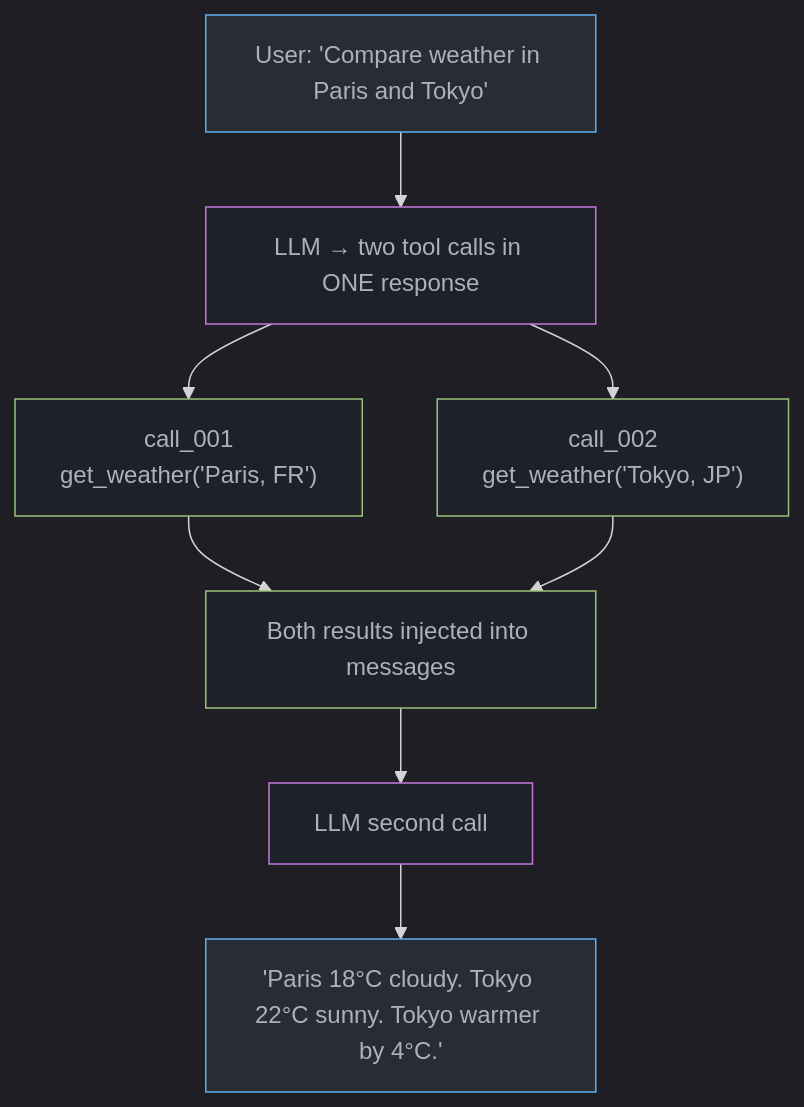
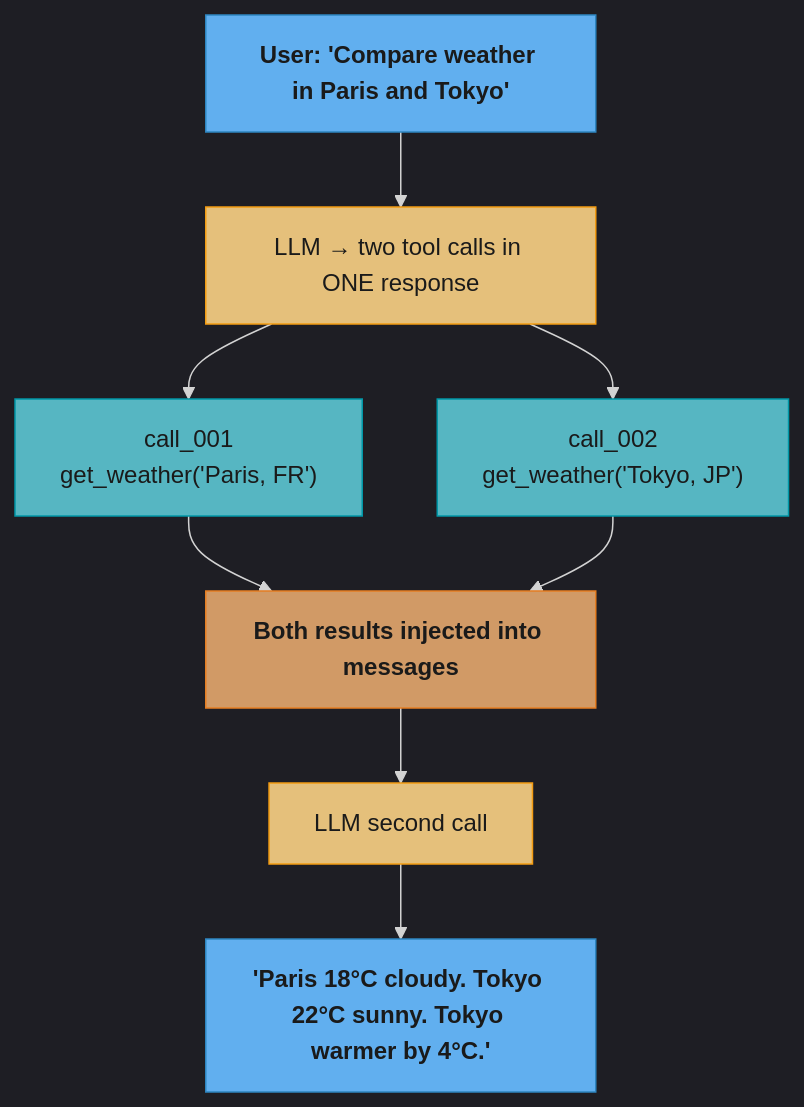
Before and after one commit to rppol/system-design: the second of 3 diagrams in src/main/java/com/rutik/systemdesign/llm/agents_and_tool_use/function_calling_and_tool_design.md, drawn with Mermaid. The commit also changed other lines of this file and 88 other files, not shown here.

````diff
--- a/src/main/java/com/rutik/systemdesign/llm/agents_and_tool_use/function_calling_and_tool_design.md
+++ b/src/main/java/com/rutik/systemdesign/llm/agents_and_tool_use/function_calling_and_tool_design.md
@@ -289,23 +294,28 @@
 ```mermaid
 %%{init: {'flowchart': {'curve': 'basis'}, 'theme': 'dark'}}%%
 flowchart TD
-    classDef io   fill:#282c34,stroke:#61afef,color:#abb2bf
-    classDef llm  fill:#1e2127,stroke:#c678dd,color:#abb2bf
-    classDef proc fill:#1e2127,stroke:#98c379,color:#abb2bf
+    classDef io      fill:#61afef,stroke:#2e86c1,color:#1a1a1a,font-weight:bold
+    classDef frozen  fill:#c678dd,stroke:#9b59b6,color:#fff
+    classDef train   fill:#98c379,stroke:#27ae60,color:#1a1a1a
+    classDef mathOp  fill:#d19a66,stroke:#e67e22,color:#1a1a1a,font-weight:bold
+    classDef lossN   fill:#e06c75,stroke:#c0392b,color:#fff,font-weight:bold
+    classDef req     fill:#56b6c2,stroke:#0097a7,color:#1a1a1a
+    classDef base    fill:#e5c07b,stroke:#f39c12,color:#1a1a1a
 
     Q["User: 'Compare weather in Paris and Tokyo'"]
     LLM1["LLM → two tool calls in ONE response"]
     P1["call_001\nget_weather('Paris, FR')"]
     P2["call_002\nget_weather('Tokyo, JP')"]
     MERGE["Both results injected into messages"]
     LLM2["LLM second call"]
     RESP["'Paris 18°C cloudy. Tokyo 22°C sunny. Tokyo warmer by 4°C.'"]
 
     Q --> LLM1
     LLM1 --> P1 & P2
     P1 & P2 --> MERGE --> LLM2 --> RESP
 
     class Q,RESP io
-    class LLM1,LLM2 llm
-    class P1,P2,MERGE proc
+    class LLM1,LLM2 base
+    class P1,P2 req
+    class MERGE mathOp
 ```
````
